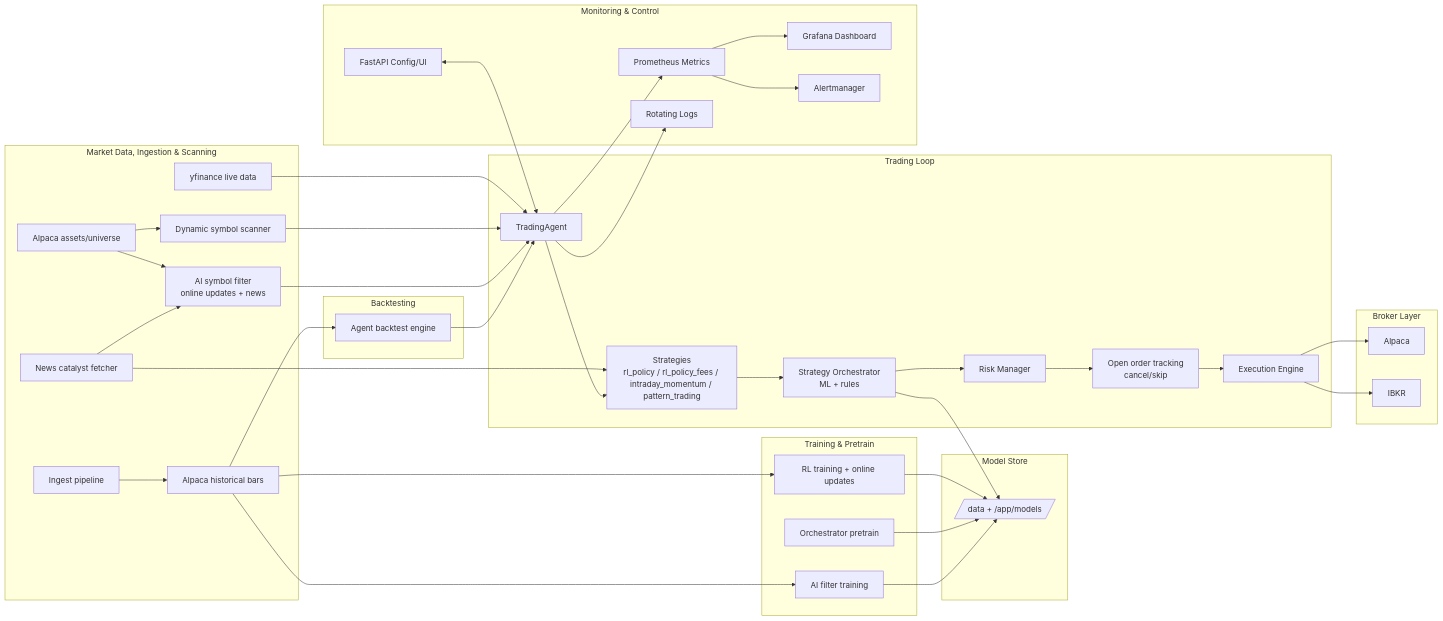
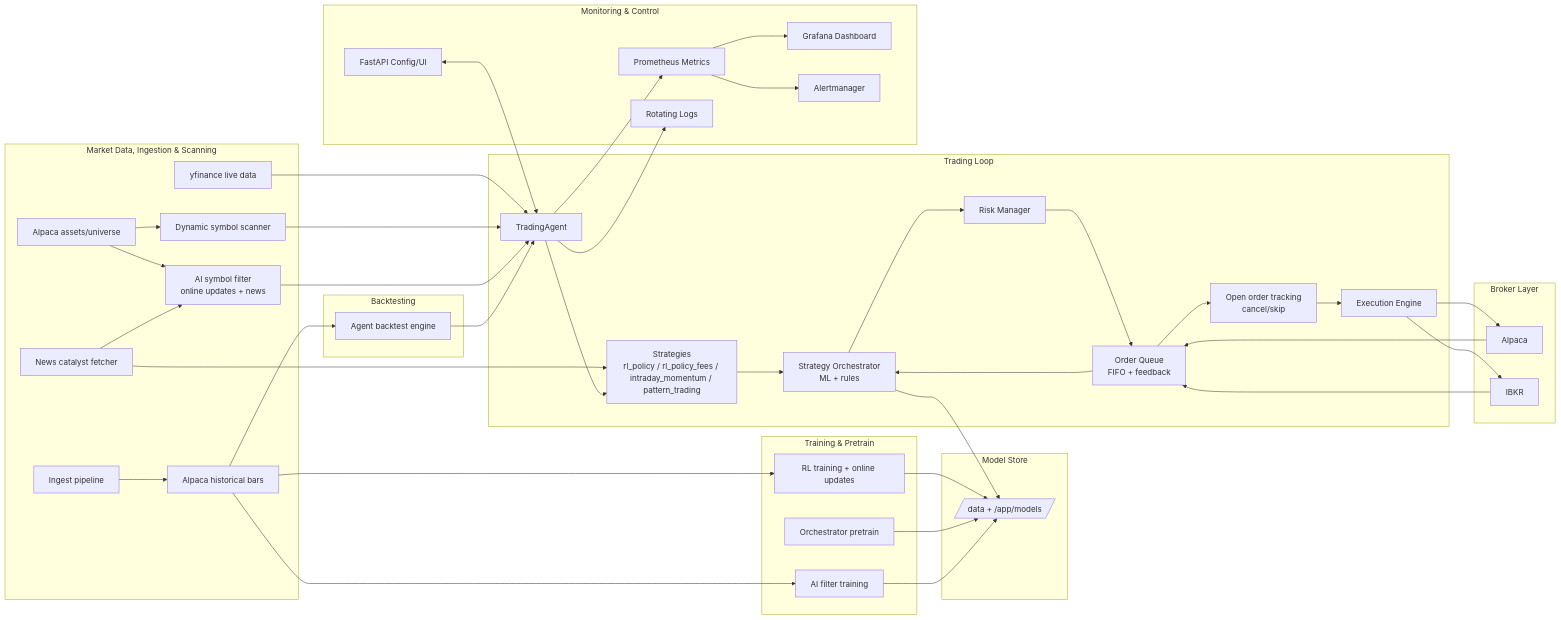
The diagram in README.md (ilfrick/Fricktrade), drawn with Mermaid before and after one commit. The commit also changed other lines of this file and 1 other file, not shown here.

Commit message:
Update architecture diagram for order queue

````diff
--- a/README.md
+++ b/README.md
@@ -34,65 +34,69 @@
 ```mermaid
 flowchart LR
     subgraph Data["Market Data, Ingestion & Scanning"]
         YF[yfinance live data]
         AlpacaBars[Alpaca historical bars]
         AlpacaAssets[Alpaca assets/universe]
         Ingest[Ingest pipeline]
         Scan[Dynamic symbol scanner]
         AIFilter[AI symbol filter<br/>online updates + news]
         News[News catalyst fetcher]
     end
     subgraph Models["Model Store"]
         ModelStore[/data + /app/models/]
     end
     subgraph Core["Trading Loop"]
         Trader[TradingAgent]
         Strat[Strategies<br/>rl_policy / rl_policy_fees / intraday_momentum / pattern_trading]
         Orchestrator[Strategy Orchestrator<br/>ML + rules]
         Risk[Risk Manager]
         Exec[Execution Engine]
+        Queue[Order Queue<br/>FIFO + feedback]
         Orders[Open order tracking<br/>cancel/skip]
     end
     subgraph Training["Training & Pretrain"]
         RLTrain[RL training + online updates]
         OrchPretrain[Orchestrator pretrain]
         AIFilterTrain[AI filter training]
     end
     subgraph Backtest["Backtesting"]
         AgentBT[Agent backtest engine]
     end
     subgraph Broker["Broker Layer"]
         Alpaca[Alpaca]
         IBKR[IBKR]
     end
     subgraph Observability["Monitoring & Control"]
         Metrics[Prometheus Metrics]
         Grafana[Grafana Dashboard]
         Alerting[Alertmanager]
         API[FastAPI Config/UI]
         Logs[Rotating Logs]
     end
 
     YF --> Trader
     AlpacaBars --> RLTrain
     AlpacaBars --> AgentBT
     AlpacaBars --> AIFilterTrain
     AlpacaAssets --> Scan
     AlpacaAssets --> AIFilter
     Scan --> Trader
     AIFilter --> Trader
     News --> Strat
     News --> AIFilter
     Ingest --> AlpacaBars
     RLTrain --> ModelStore
     OrchPretrain --> ModelStore
     AIFilterTrain --> ModelStore
-    Trader --> Strat --> Orchestrator --> Risk --> Orders --> Exec --> Alpaca
+    Trader --> Strat --> Orchestrator --> Risk --> Queue --> Orders --> Exec --> Alpaca
     Exec --> IBKR
+    Alpaca --> Queue
+    IBKR --> Queue
+    Queue --> Orchestrator
     Orchestrator --> ModelStore
     AgentBT --> Trader
     Trader --> Metrics --> Grafana
     Metrics --> Alerting
     Trader --> Logs
     API <--> Trader
 ```
````
